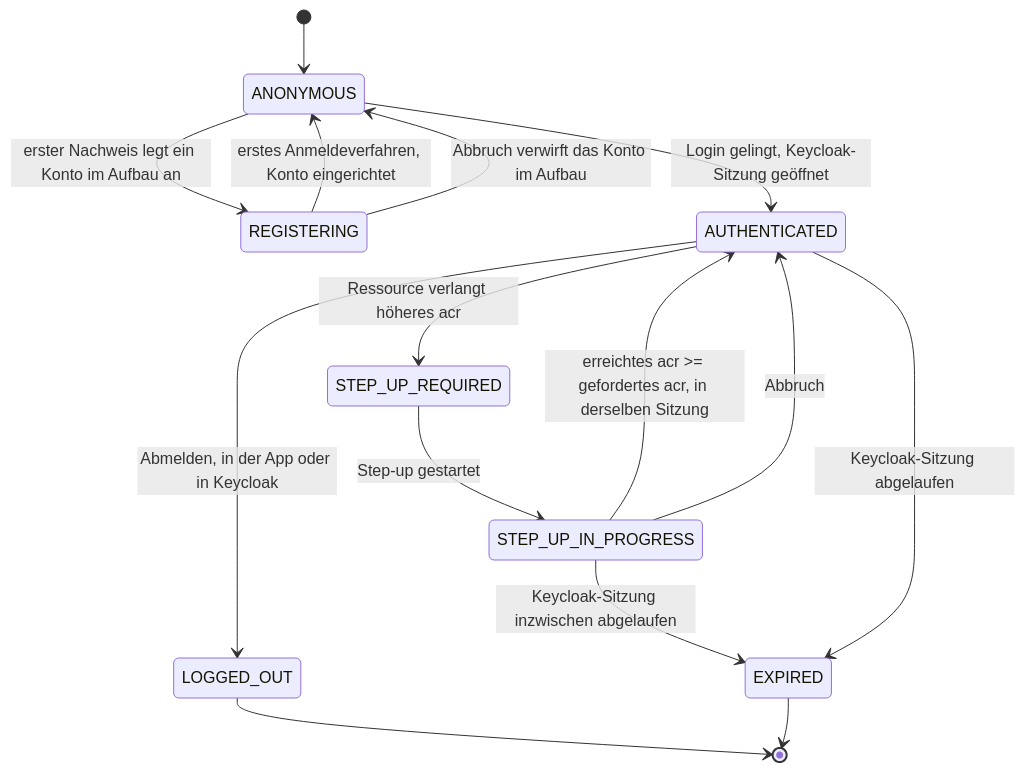
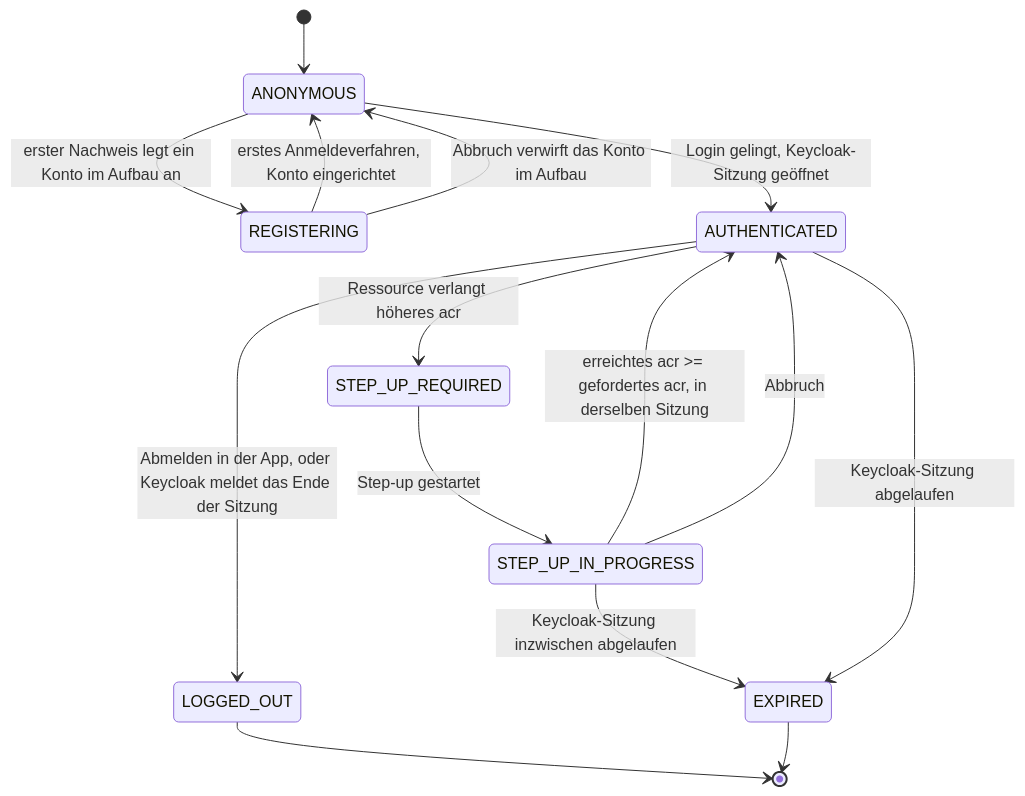
The third of 6 diagrams in docs/02-domaenenmodell.md (rpreissel/identity-demo), drawn with Mermaid before and after one commit. The commit also changed other lines of this file and 110 other files, not shown here.

````diff
--- a/docs/02-domaenenmodell.md
+++ b/docs/02-domaenenmodell.md
@@ -171,17 +171,17 @@
 ```mermaid
 stateDiagram-v2
   [*] --> ANONYMOUS
   ANONYMOUS --> REGISTERING: erster Nachweis legt ein Konto im Aufbau an
   ANONYMOUS --> AUTHENTICATED: Login gelingt, Keycloak-Sitzung geöffnet
   REGISTERING --> ANONYMOUS: erstes Anmeldeverfahren, Konto eingerichtet
   REGISTERING --> ANONYMOUS: Abbruch verwirft das Konto im Aufbau
   AUTHENTICATED --> STEP_UP_REQUIRED: Ressource verlangt höheres acr
   STEP_UP_REQUIRED --> STEP_UP_IN_PROGRESS: Step-up gestartet
   STEP_UP_IN_PROGRESS --> AUTHENTICATED: erreichtes acr >= gefordertes acr, in derselben Sitzung
   STEP_UP_IN_PROGRESS --> AUTHENTICATED: Abbruch
   STEP_UP_IN_PROGRESS --> EXPIRED: Keycloak-Sitzung inzwischen abgelaufen
-  AUTHENTICATED --> LOGGED_OUT: Abmelden, in der App oder in Keycloak
+  AUTHENTICATED --> LOGGED_OUT: Abmelden in der App, oder Keycloak meldet das Ende der Sitzung
   AUTHENTICATED --> EXPIRED: Keycloak-Sitzung abgelaufen
   LOGGED_OUT --> [*]
   EXPIRED --> [*]
 ```
````
